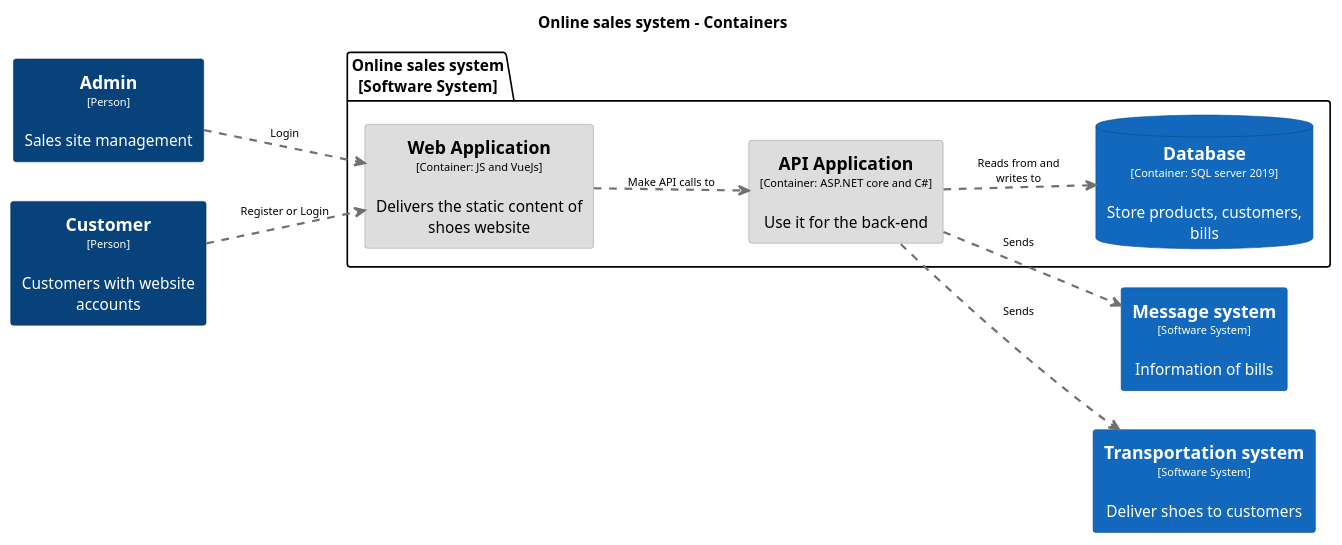
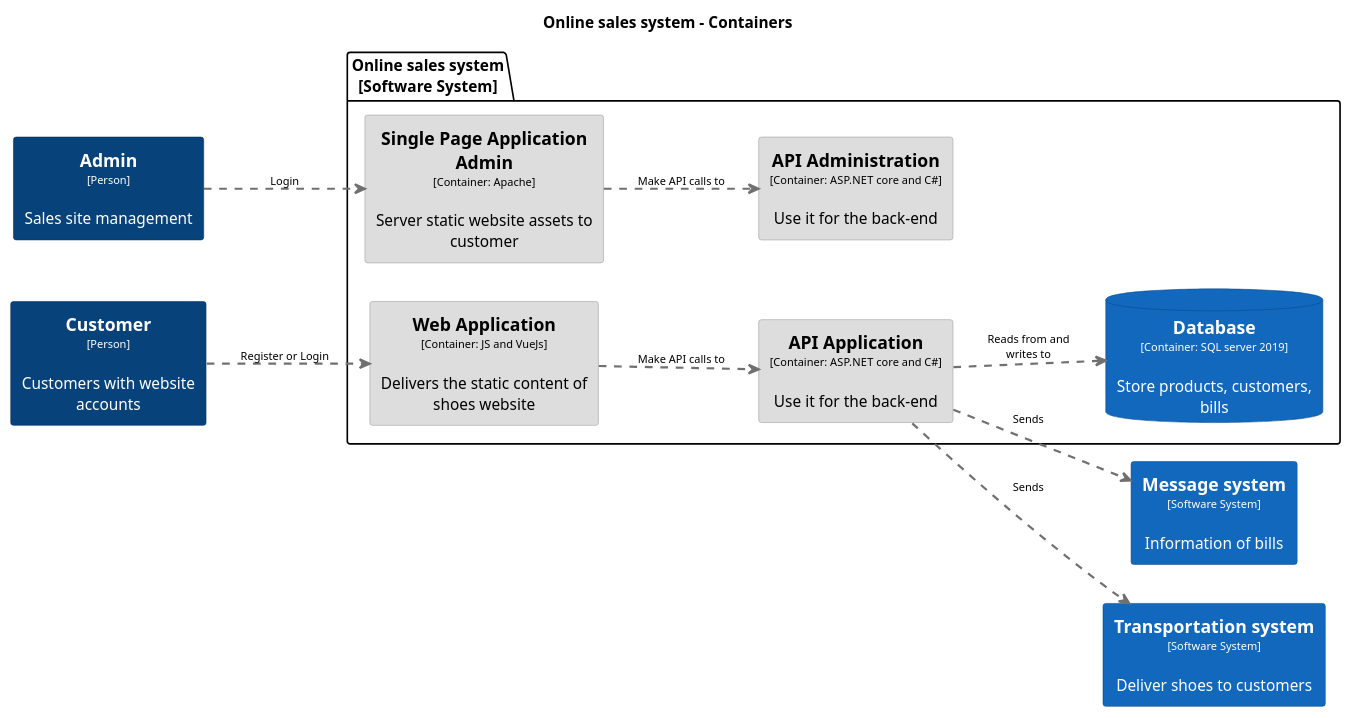
One commit to lantrannk/phan-tich-thiet-ke-oop changed the diagram in export/Onlinesalessystem-Container.puml. Above: the diagram before and after it, drawn with PlantUML. The commit also changed 3 other files, not shown here.

```diff
--- a/export/Onlinesalessystem-Container.puml
+++ b/export/Onlinesalessystem-Container.puml
@@ -1,63 +1,76 @@
 @startuml(id=Onlinesalessystem-Container)
 title Online sales system - Containers
 
 skinparam {
   shadowing false
   arrowFontSize 10
   defaultTextAlignment center
   wrapWidth 200
   maxMessageSize 100
 }
 hide stereotype
 left to right direction
-skinparam rectangle<<45>> {
+skinparam rectangle<<44>> {
   BackgroundColor #1168bd
   FontColor #ffffff
   BorderColor #0b4884
 }
 skinparam rectangle<<1>> {
   BackgroundColor #08427b
   FontColor #ffffff
   BorderColor #052e56
 }
-skinparam database<<35>> {
-  BackgroundColor #1168bd
-  FontColor #ffffff
-  BorderColor #0b4884
-}
 skinparam rectangle<<2>> {
   BackgroundColor #08427b
   FontColor #ffffff
   BorderColor #052e56
+}
+skinparam rectangle<<36>> {
+  BackgroundColor #dddddd
+  FontColor #000000
+  BorderColor #9a9a9a
 }
 skinparam rectangle<<4>> {
   BackgroundColor #dddddd
   FontColor #000000
   BorderColor #9a9a9a
 }
-skinparam rectangle<<9>> {
+skinparam rectangle<<48>> {
+  BackgroundColor #1168bd
+  FontColor #ffffff
+  BorderColor #0b4884
+}
+skinparam database<<38>> {
+  BackgroundColor #1168bd
+  FontColor #ffffff
+  BorderColor #0b4884
+}
+skinparam rectangle<<7>> {
   BackgroundColor #dddddd
   FontColor #000000
   BorderColor #9a9a9a
 }
-skinparam rectangle<<41>> {
-  BackgroundColor #1168bd
-  FontColor #ffffff
-  BorderColor #0b4884
+skinparam rectangle<<10>> {
+  BackgroundColor #dddddd
+  FontColor #000000
+  BorderColor #9a9a9a
 }
 rectangle "==Admin\n<size:10>[Person]</size>\n\nSales site management" <<2>> as 2
 rectangle "==Customer\n<size:10>[Person]</size>\n\nCustomers with website accounts" <<1>> as 1
-rectangle "==Message system\n<size:10>[Software System]</size>\n\nInformation of bills" <<45>> as 45
-rectangle "==Transportation system\n<size:10>[Software System]</size>\n\nDeliver shoes to customers" <<41>> as 41
+rectangle "==Message system\n<size:10>[Software System]</size>\n\nInformation of bills" <<48>> as 48
+rectangle "==Transportation system\n<size:10>[Software System]</size>\n\nDeliver shoes to customers" <<44>> as 44
 package "Online sales system\n[Software System]" {
-  rectangle "==API Application\n<size:10>[Container: ASP.NET core and C#]</size>\n\nUse it for the back-end" <<9>> as 9
-  database "==Database\n<size:10>[Container: SQL server 2019]</size>\n\nStore products, customers, bills" <<35>> as 35
+  rectangle "==API Administration\n<size:10>[Container: ASP.NET core and C#]</size>\n\nUse it for the back-end" <<36>> as 36
+  rectangle "==API Application\n<size:10>[Container: ASP.NET core and C#]</size>\n\nUse it for the back-end" <<10>> as 10
+  database "==Database\n<size:10>[Container: SQL server 2019]</size>\n\nStore products, customers, bills" <<38>> as 38
+  rectangle "==Single Page Application Admin\n<size:10>[Container: Apache]</size>\n\nServer static website assets to customer" <<7>> as 7
   rectangle "==Web Application\n<size:10>[Container: JS and VueJs]</size>\n\nDelivers the static content of shoes website" <<4>> as 4
 }
-9 .[#707070,thickness=2].> 35 : "Reads from and writes to"
-9 .[#707070,thickness=2].> 45 : "Sends"
-9 .[#707070,thickness=2].> 41 : "Sends"
-2 .[#707070,thickness=2].> 4 : "Login"
+10 .[#707070,thickness=2].> 38 : "Reads from and writes to"
+10 .[#707070,thickness=2].> 48 : "Sends"
+10 .[#707070,thickness=2].> 44 : "Sends"
+2 .[#707070,thickness=2].> 7 : "Login"
 1 .[#707070,thickness=2].> 4 : "Register or Login"
-4 .[#707070,thickness=2].> 9 : "Make API calls to"
+7 .[#707070,thickness=2].> 36 : "Make API calls to"
+4 .[#707070,thickness=2].> 10 : "Make API calls to"
 @enduml
```
